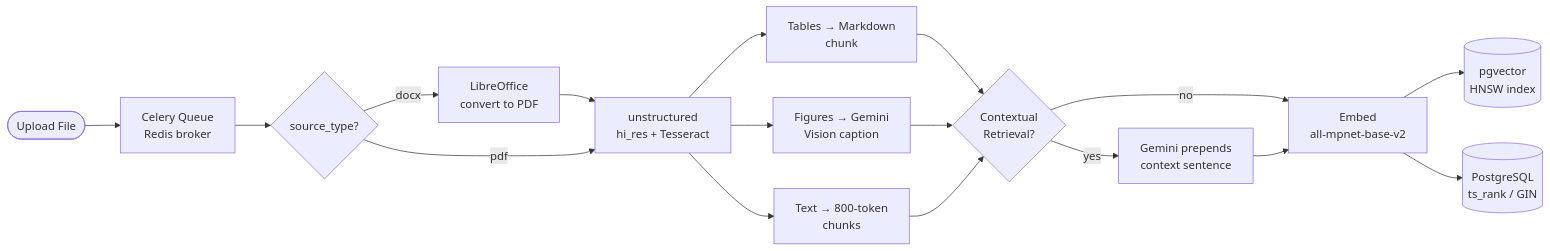
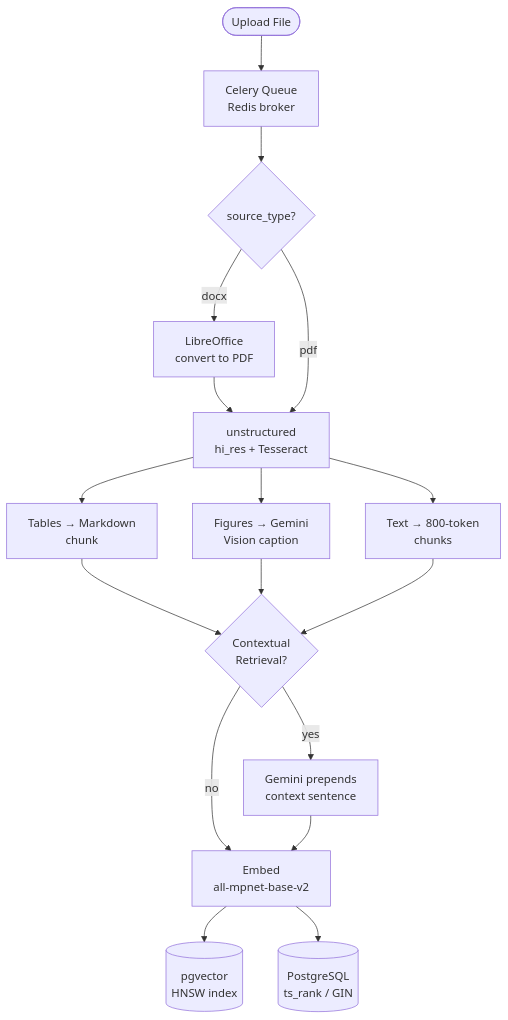
The second of 2 diagrams in README.md (robayedl/rag-pdf-assistant), drawn with Mermaid before and after one commit. The commit also changed other lines of this file and 23 other files, not shown here.

````diff
--- a/README.md
+++ b/README.md
@@ -79,20 +87,20 @@
 ```mermaid
-flowchart LR
+flowchart TD
     FILE([Upload File]) --> Q
     Q[Celery Queue\nRedis broker] --> DISP{source_type?}
 
     DISP -->|docx| LO[LibreOffice\nconvert to PDF]
     LO --> UP
     DISP -->|pdf| UP[unstructured\nhi_res + Tesseract]
 
     UP --> T[Tables → Markdown\nchunk]
     UP --> F[Figures → Gemini\nVision caption]
     UP --> TX[Text → 800-token\nchunks]
 
     T & F & TX --> CR{Contextual\nRetrieval?}
     CR -->|yes| CTX[Gemini prepends\ncontext sentence]
     CR -->|no| EMB
     CTX --> EMB[Embed\nall-mpnet-base-v2]
     EMB --> VEC[(pgvector\nHNSW index)]
     EMB --> TS[(PostgreSQL\nts_rank / GIN)]
 ```
````
